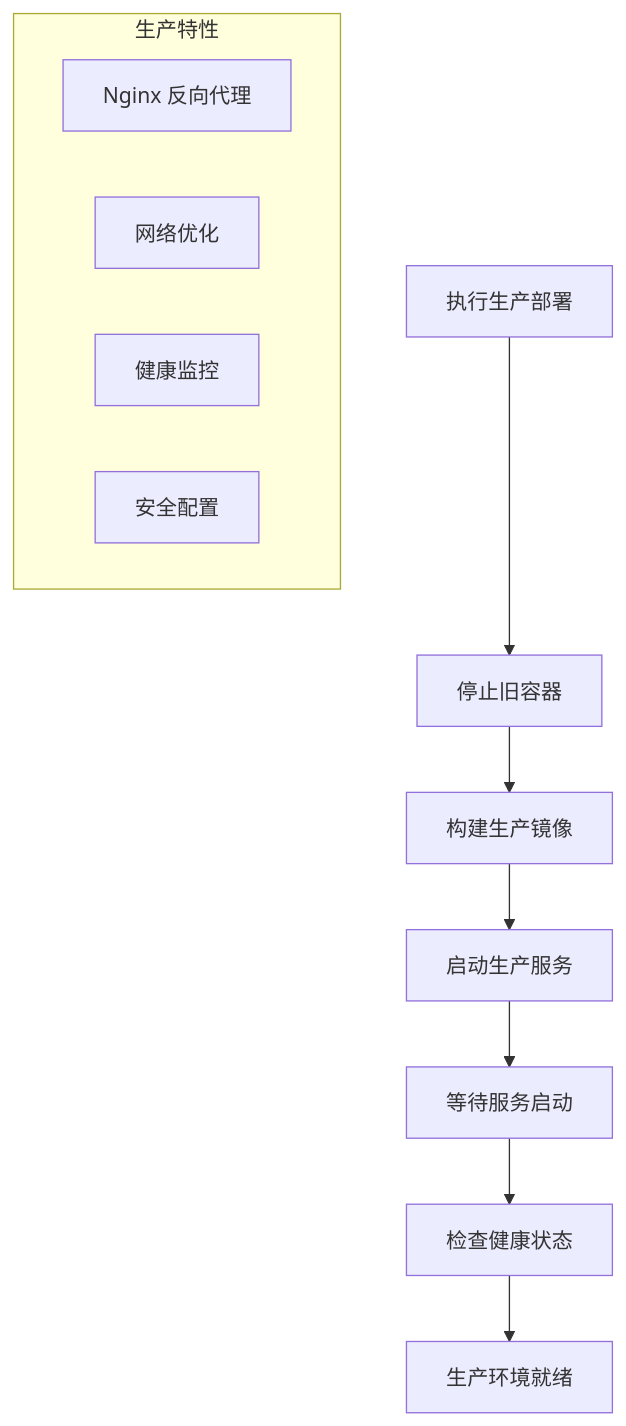
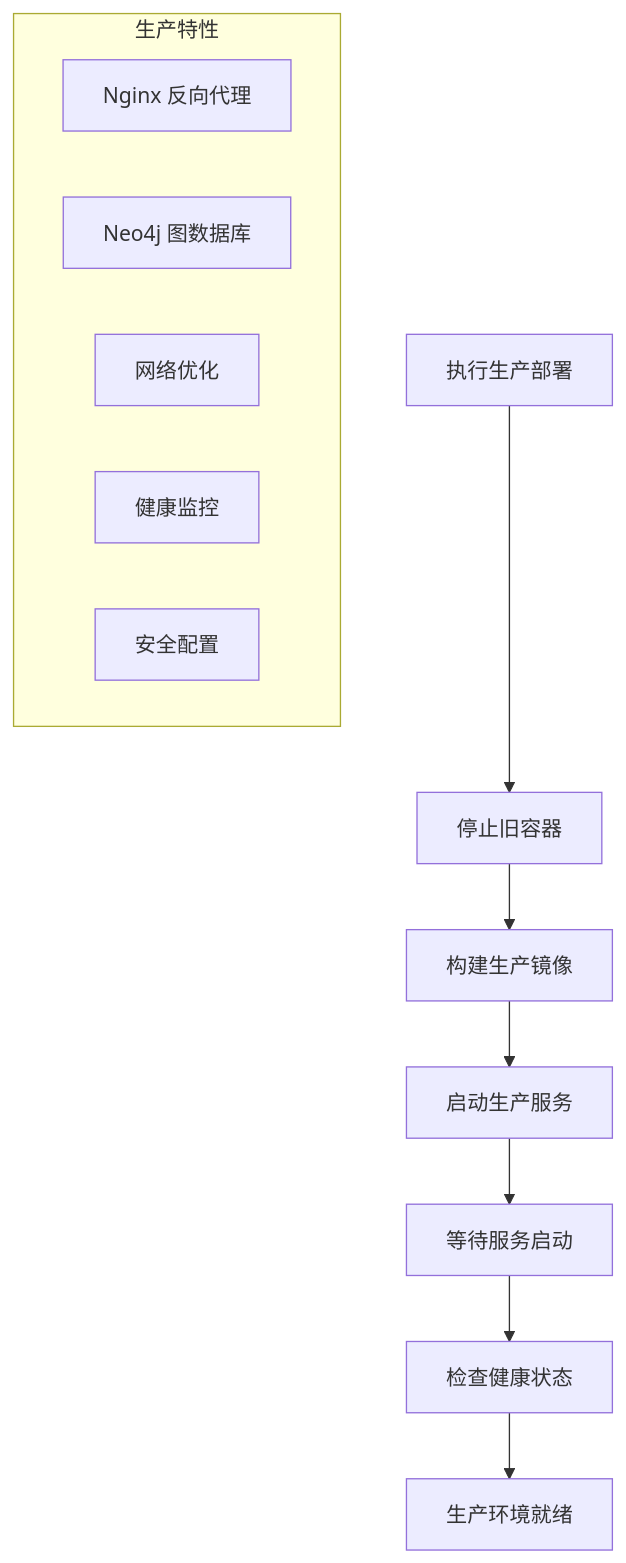
Before and after one commit to xfbyxq/ai-novel-system: diagram 16 of 21 in .qoder/repowiki/zh/content/Docker Deployment.md, drawn with Mermaid. The commit also changed other lines of this file and 19 other files, not shown here.

First line of the commit message:
feat(graph): 新增图数据库完整支持与AI聊天集成

````diff
--- a/.qoder/repowiki/zh/content/Docker Deployment.md
+++ b/.qoder/repowiki/zh/content/Docker Deployment.md
@@ -505,15 +703,16 @@
 ```mermaid
 flowchart TD
 START[执行生产部署] --> STOP_OLD[停止旧容器]
 STOP_OLD --> BUILD_IMAGES[构建生产镜像]
 BUILD_IMAGES --> START_SERVICES[启动生产服务]
 START_SERVICES --> WAIT[等待服务启动]
 WAIT --> CHECK_HEALTH[检查健康状态]
 CHECK_HEALTH --> PROD_READY[生产环境就绪]
 subgraph "生产特性"
 NGINX_PROXY[Nginx 反向代理]
+NEO4J_DATABASE[Neo4j 图数据库]
 NETWORK_OPTIMIZATION[网络优化]
 HEALTH_MONITORING[健康监控]
 SECURITY_CONFIG[安全配置]
 end
 ```
````
